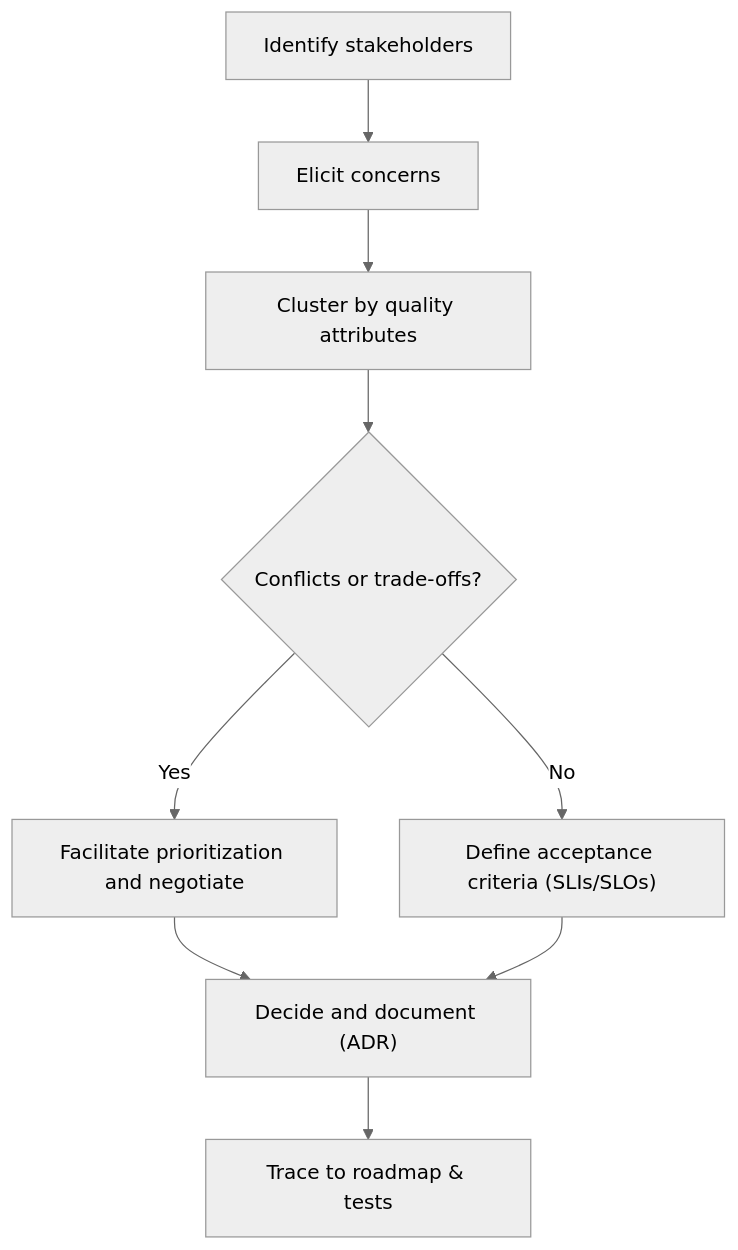
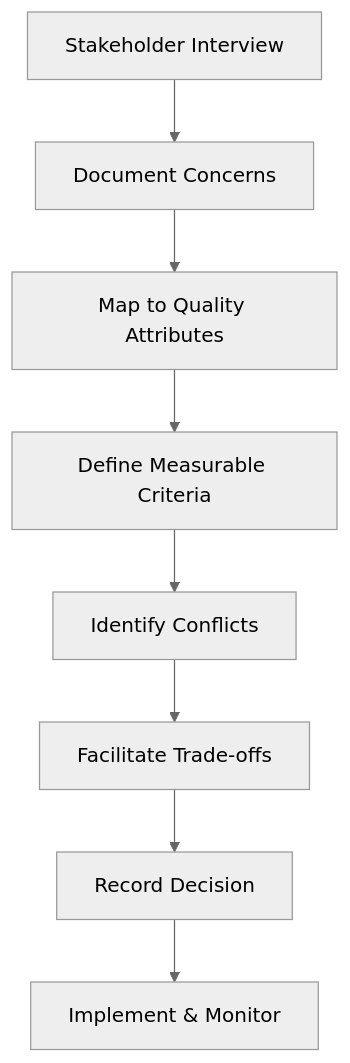
The fourth of 4 diagrams in docs/foundational-concepts/what-is-software-architecture/stakeholders-and-concerns.mdx (archman-dev/website), drawn with Mermaid (neutral theme) before and after one commit. The commit also changed other lines of this file and 17 other files, not shown here.

````diff
--- a/docs/foundational-concepts/what-is-software-architecture/stakeholders-and-concerns.mdx
+++ b/docs/foundational-concepts/what-is-software-architecture/stakeholders-and-concerns.mdx
@@ -85,11 +326,10 @@
 ```mermaid
 flowchart TB
-  A["Identify stakeholders"] --> B["Elicit concerns"]
-  B --> C["Cluster by quality attributes"]
-  C --> D{"Conflicts or trade-offs?"}
-  D -- Yes --> E["Facilitate prioritization and negotiate"]
-  D -- No --> F["Define acceptance criteria (SLIs/SLOs)"]
-  E --> G["Decide and document (ADR)"]
-  F --> G["Decide and document (ADR)"]
-  G --> H["Trace to roadmap & tests"]
+    A["Stakeholder Interview"] --> B["Document Concerns"]
+    B --> C["Map to Quality Attributes"]
+    C --> D["Define Measurable Criteria"]
+    D --> E["Identify Conflicts"]
+    E --> F["Facilitate Trade-offs"]
+    F --> G["Record Decision"]
+    G --> H["Implement & Monitor"]
 ```
````
